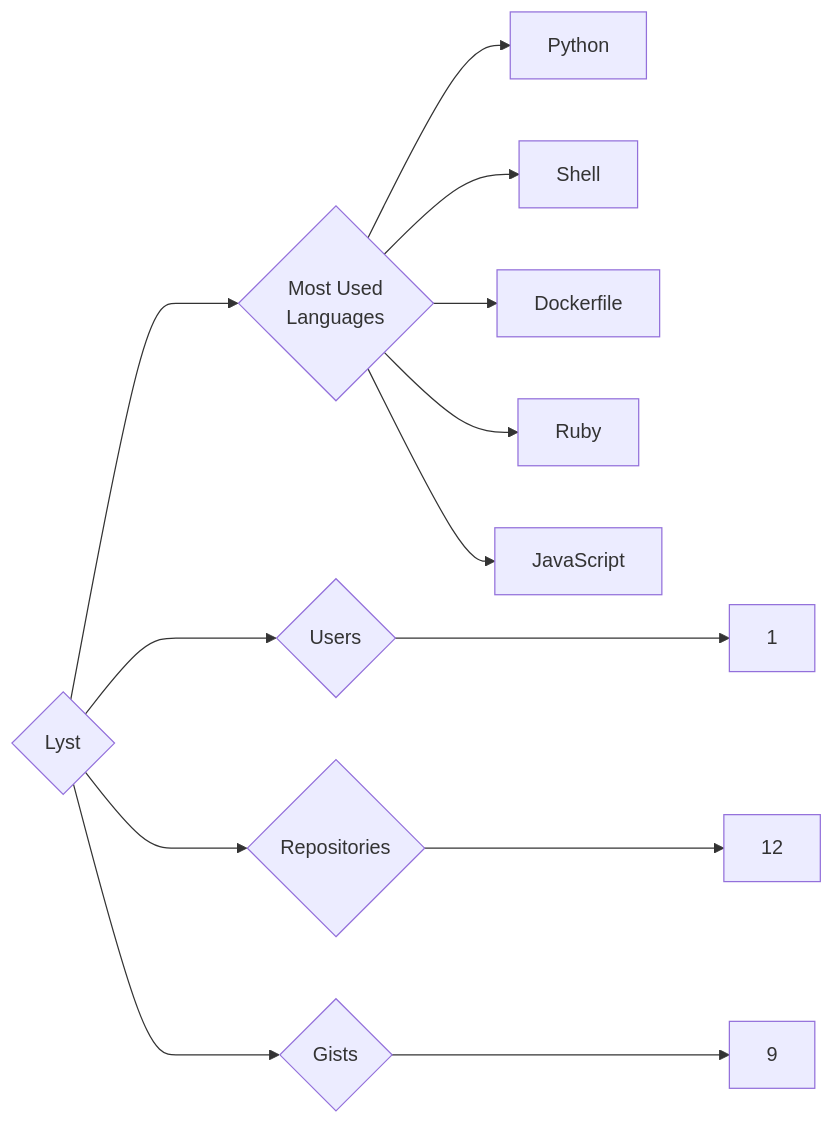
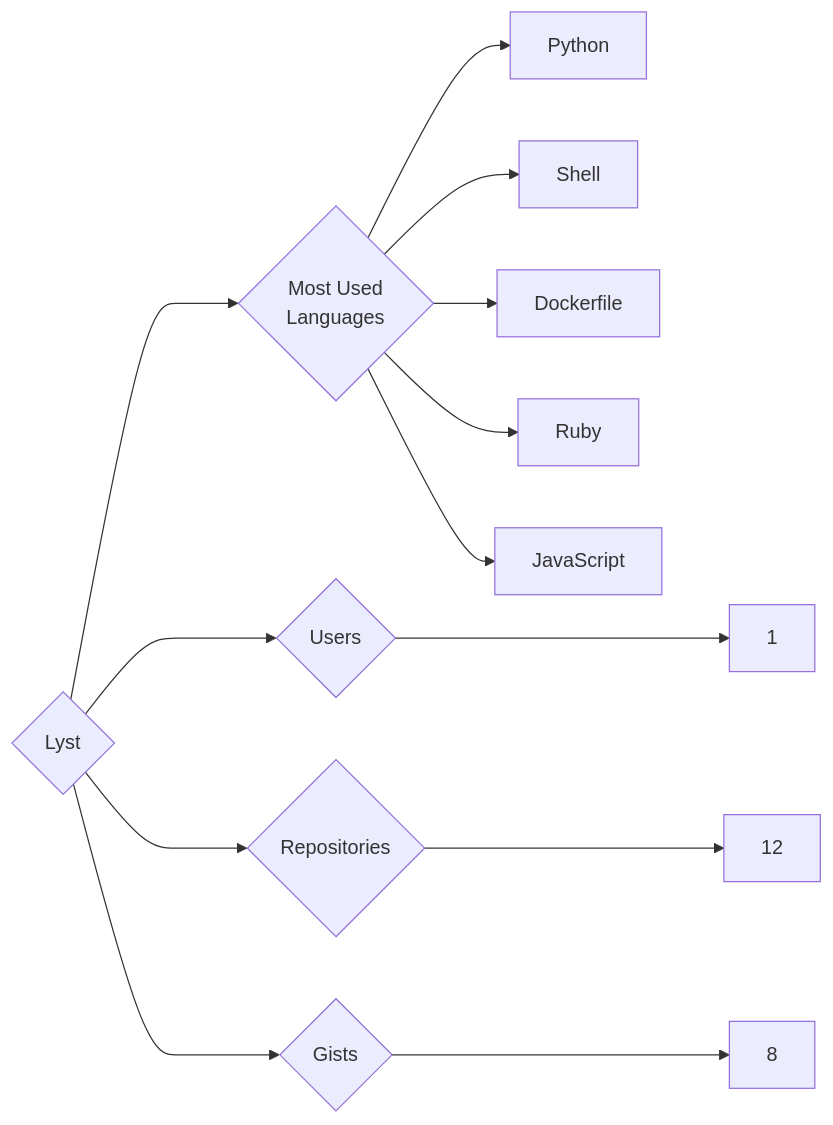
The diagram in targets/Lyst/README.md (trickest/insiders), drawn with Mermaid before and after one commit. The commit also changed 629 other files, not shown here.

````diff
--- a/targets/Lyst/README.md
+++ b/targets/Lyst/README.md
@@ -3,13 +3,13 @@
 ```mermaid
 graph LR
 COMPANY_NAME{Lyst}
 COMPANY_NAME ---> U{Users} ---> UN[1]
 COMPANY_NAME ---> R{Repositories} ---> RN[12]
-COMPANY_NAME ---> G{Gists} ---> GN[9]
+COMPANY_NAME ---> G{Gists} ---> GN[8]
 COMPANY_NAME ---> ML{Most Used<br>Languages}
 ML --> Python[Python]
 ML --> Shell[Shell]
 ML --> Dockerfile[Dockerfile]
 ML --> Ruby[Ruby]
 ML --> JavaScript[JavaScript]
 ```
````
